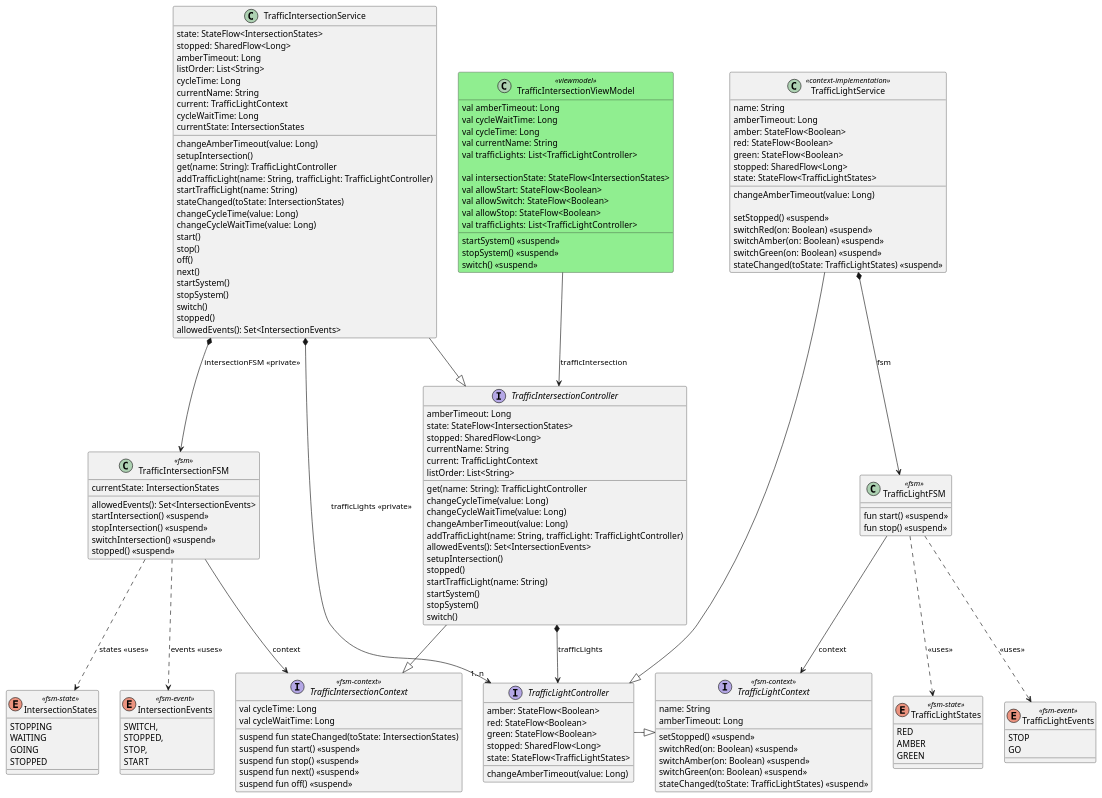
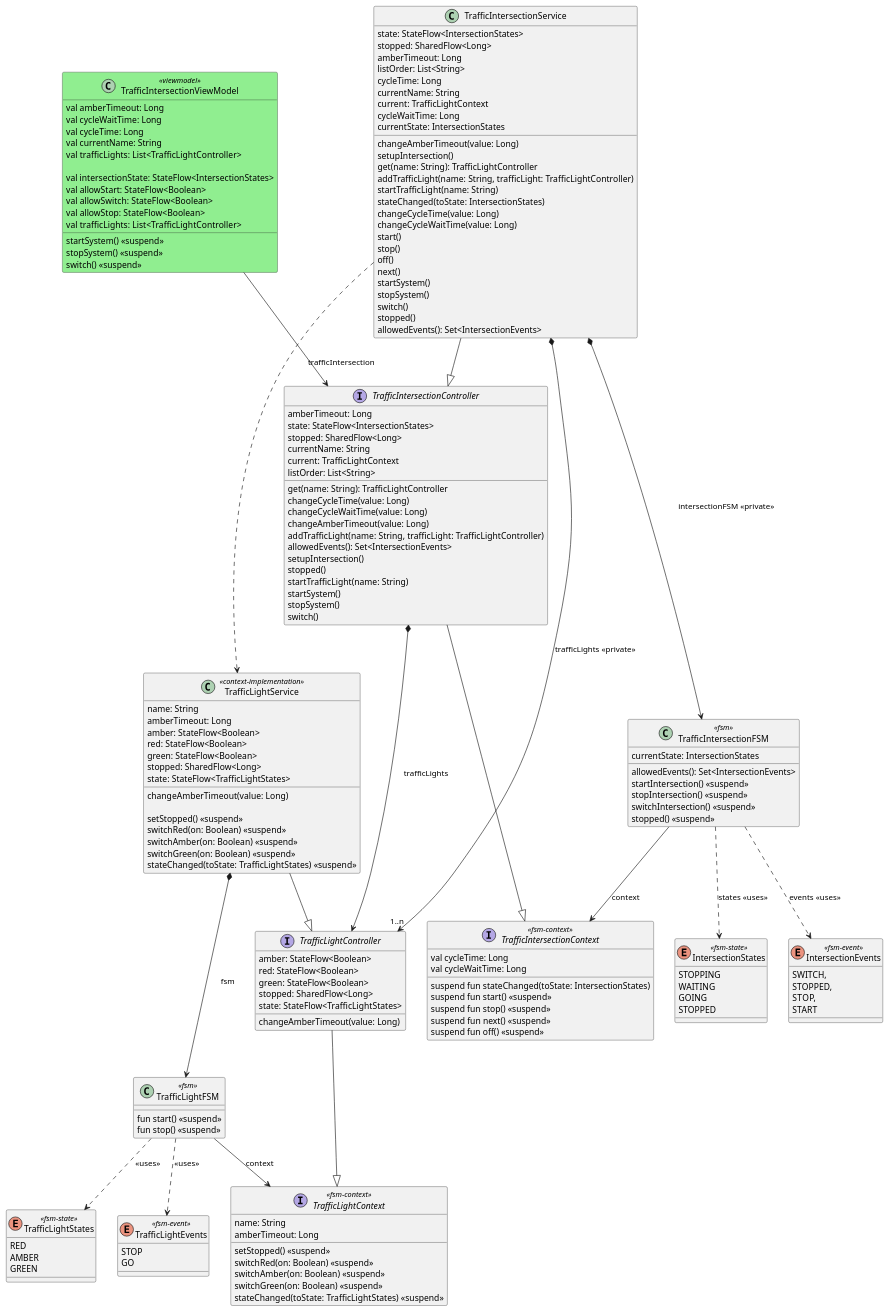
The diagram in models/traffic-intersection-complete.puml (open-jumpco/kfsm-mpp-compose-traffic), drawn with PlantUML before and after one commit. The commit also changed 4 other files, not shown here.

```diff
--- a/models/traffic-intersection-complete.puml
+++ b/models/traffic-intersection-complete.puml
@@ -1,177 +1,178 @@
 @startuml
 
 enum TrafficLightStates <<fsm-state>> {
     RED
     AMBER
     GREEN
 }
 
 enum TrafficLightEvents <<fsm-event>> {
     STOP
     GO
 }
 interface TrafficLightContext <<fsm-context>> {
     name: String
     amberTimeout: Long
     setStopped() <<suspend>>
     switchRed(on: Boolean) <<suspend>>
     switchAmber(on: Boolean) <<suspend>>
     switchGreen(on: Boolean) <<suspend>>
     stateChanged(toState: TrafficLightStates) <<suspend>>
 }
 
 interface TrafficLightController {
     amber: StateFlow<Boolean>
     red: StateFlow<Boolean>
     green: StateFlow<Boolean>
     stopped: SharedFlow<Long>
     state: StateFlow<TrafficLightStates>
     changeAmberTimeout(value: Long)
 }
 TrafficLightController -|> TrafficLightContext
 
 class TrafficLightFSM <<fsm>> {
     fun start() <<suspend>>
     fun stop() <<suspend>>
 }
 
 TrafficLightFSM ..> TrafficLightStates: <<uses>>
 TrafficLightFSM ..> TrafficLightEvents: <<uses>>
 TrafficLightFSM --> TrafficLightContext: context
 
 class TrafficLightService <<context-implementation>> {
     name: String
     amberTimeout: Long
     amber: StateFlow<Boolean>
     red: StateFlow<Boolean>
     green: StateFlow<Boolean>
     stopped: SharedFlow<Long>
     state: StateFlow<TrafficLightStates>
     changeAmberTimeout(value: Long)
 
     setStopped() <<suspend>>
     switchRed(on: Boolean) <<suspend>>
     switchAmber(on: Boolean) <<suspend>>
     switchGreen(on: Boolean) <<suspend>>
     stateChanged(toState: TrafficLightStates) <<suspend>>
 }
 
 TrafficLightService --|> TrafficLightController
-TrafficLightService *--> TrafficLightFSM: fsm
+TrafficLightService *---> TrafficLightFSM: fsm
 
 
 enum IntersectionStates <<fsm-state>> {
     STOPPING
     WAITING
     GOING
     STOPPED
 }
 
 enum IntersectionEvents <<fsm-event>> {
     SWITCH,
     STOPPED,
     STOP,
     START
 }
 
 interface TrafficIntersectionContext <<fsm-context>> {
     val cycleTime: Long
     val cycleWaitTime: Long
     suspend fun stateChanged(toState: IntersectionStates)
     suspend fun start() <<suspend>>
     suspend fun stop() <<suspend>>
     suspend fun next() <<suspend>>
     suspend fun off() <<suspend>>
 }
 
 class TrafficIntersectionFSM <<fsm>> {
     currentState: IntersectionStates
     allowedEvents(): Set<IntersectionEvents>
     startIntersection() <<suspend>>
     stopIntersection() <<suspend>>
     switchIntersection() <<suspend>>
     stopped() <<suspend>>
 }
 
 TrafficIntersectionFSM --> TrafficIntersectionContext: context
 TrafficIntersectionFSM ..> IntersectionEvents: events <<uses>>
 TrafficIntersectionFSM ..> IntersectionStates: states <<uses>>
 
 interface TrafficIntersectionController {
     amberTimeout: Long
     state: StateFlow<IntersectionStates>
     stopped: SharedFlow<Long>
     currentName: String
     current: TrafficLightContext
     listOrder: List<String>
     get(name: String): TrafficLightController
     changeCycleTime(value: Long)
     changeCycleWaitTime(value: Long)
     changeAmberTimeout(value: Long)
     addTrafficLight(name: String, trafficLight: TrafficLightController)
     allowedEvents(): Set<IntersectionEvents>
     setupIntersection()
     stopped()
     startTrafficLight(name: String)
     startSystem()
     stopSystem()
     switch()
 }
 
-TrafficIntersectionController -|> TrafficIntersectionContext
-TrafficIntersectionController *--> TrafficLightController: trafficLights
+TrafficIntersectionController --|> TrafficIntersectionContext
+TrafficIntersectionController *---> TrafficLightController: trafficLights
 
 class TrafficIntersectionService {
     state: StateFlow<IntersectionStates>
     stopped: SharedFlow<Long>
     amberTimeout: Long
     changeAmberTimeout(value: Long)
     setupIntersection()
     listOrder: List<String>
     cycleTime: Long
         currentName: String
         current: TrafficLightContext
         cycleWaitTime: Long
         currentState: IntersectionStates
     get(name: String): TrafficLightController
     addTrafficLight(name: String, trafficLight: TrafficLightController)
     startTrafficLight(name: String)
     stateChanged(toState: IntersectionStates)
     changeCycleTime(value: Long)
     changeCycleWaitTime(value: Long)
     start()
     stop()
     off()
     next()
     startSystem()
     stopSystem()
     switch()
     stopped()
     allowedEvents(): Set<IntersectionEvents>
 }
 
 TrafficIntersectionService --|> TrafficIntersectionController
-TrafficIntersectionService *--> TrafficIntersectionFSM: intersectionFSM <<private>>
-TrafficIntersectionService *--> "1..n" TrafficLightController: trafficLights <<private>>
+TrafficIntersectionService *---> TrafficIntersectionFSM: intersectionFSM <<private>>
+TrafficIntersectionService *---> "1..n" TrafficLightController: trafficLights <<private>>
+TrafficIntersectionService ...> TrafficLightService
 
 class TrafficIntersectionViewModel <<viewmodel>> #lightgreen {
     val amberTimeout: Long
     val cycleWaitTime: Long
     val cycleTime: Long
     val currentName: String
     val trafficLights: List<TrafficLightController>
 
     val intersectionState: StateFlow<IntersectionStates>
     val allowStart: StateFlow<Boolean>
     val allowSwitch: StateFlow<Boolean>
     val allowStop: StateFlow<Boolean>
     val trafficLights: List<TrafficLightController>
 
     startSystem() <<suspend>>
     stopSystem() <<suspend>>
     switch() <<suspend>>
 }
 
 TrafficIntersectionViewModel --> TrafficIntersectionController: trafficIntersection
 
 @enduml
```
